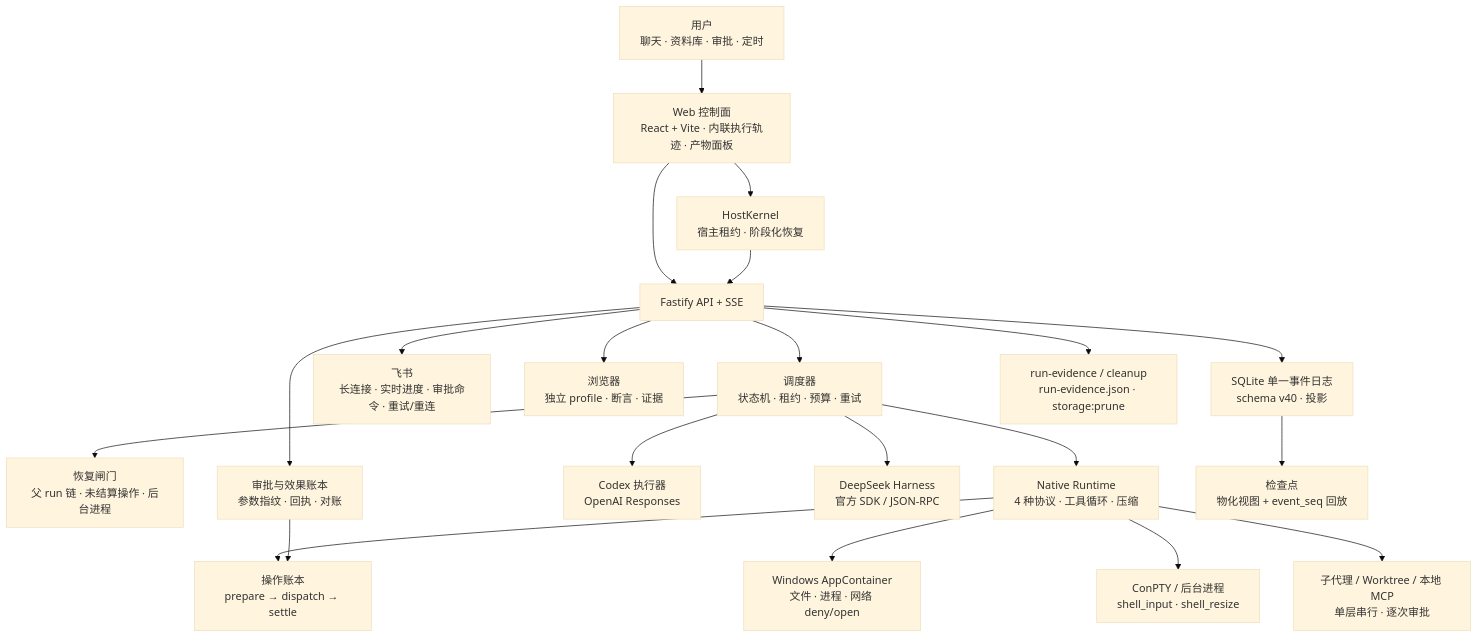
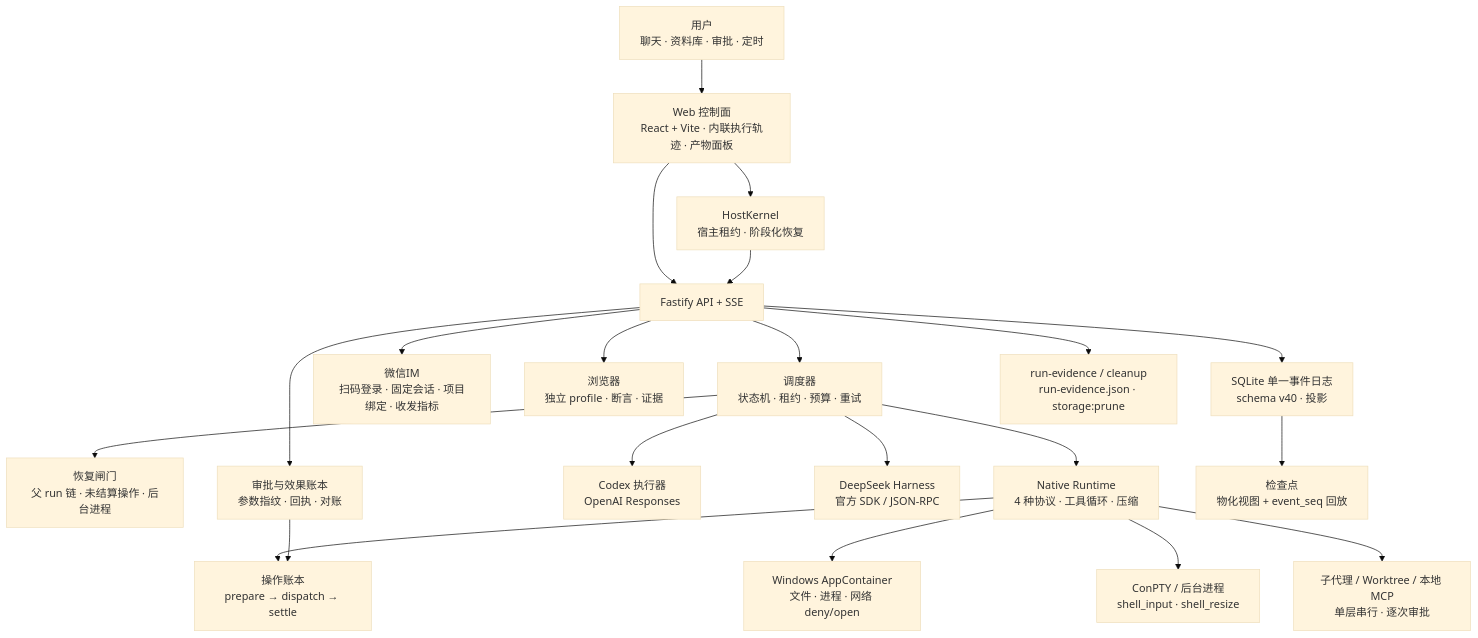
One commit to hearthproject/hearth-os changed the diagram in README.md. Above: the diagram before and after it, drawn with Mermaid (base theme). The commit also changed other lines of this file and 12 other files, not shown here.

````diff
--- a/README.md
+++ b/README.md
@@ -159,23 +159,23 @@
 ```mermaid
 flowchart TB
   U["用户<br/>聊天 · 资料库 · 审批 · 定时"] --> W["Web 控制面<br/>React + Vite · 内联执行轨迹 · 产物面板"]
   W --> A["Fastify API + SSE"]
   W --> H["HostKernel<br/>宿主租约 · 阶段化恢复"]
   H --> A
   A --> S["调度器<br/>状态机 · 租约 · 预算 · 重试"]
   S --> R["恢复闸门<br/>父 run 链 · 未结算操作 · 后台进程"]
   S --> N["Native Runtime<br/>4 种协议 · 工具循环 · 压缩"]
   N --> O["操作账本<br/>prepare → dispatch → settle"]
   N --> SB["Windows AppContainer<br/>文件 · 进程 · 网络 deny/open"]
   N --> PT["ConPTY / 后台进程<br/>shell_input · shell_resize"]
   N --> DG["子代理 / Worktree / 本地 MCP<br/>单层串行 · 逐次审批"]
   S --> C["Codex 执行器<br/>OpenAI Responses"]
   S --> DS["DeepSeek Harness<br/>官方 SDK / JSON-RPC"]
   A --> P["审批与效果账本<br/>参数指纹 · 回执 · 对账"]
-  A --> M["飞书<br/>长连接 · 实时进度 · 审批命令 · 重试/重连"]
+  A --> M["微信IM<br/>扫码登录 · 固定会话 · 项目绑定 · 收发指标"]
   A --> BR["浏览器<br/>独立 profile · 断言 · 证据"]
   A --> E["SQLite 单一事件日志<br/>schema v40 · 投影"]
   E --> CK["检查点<br/>物化视图 + event_seq 回放"]
   A --> X["run-evidence / cleanup<br/>run-evidence.json · storage:prune"]
   P --> O
 ```
````
